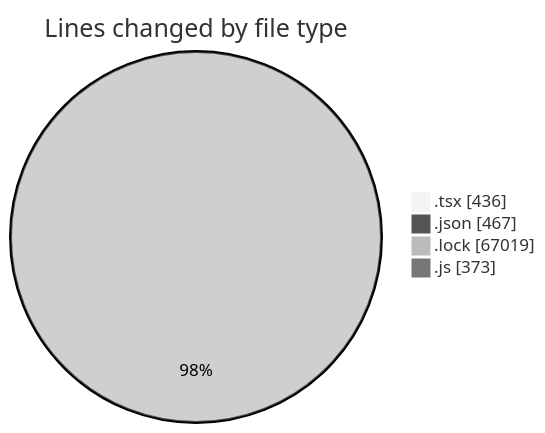
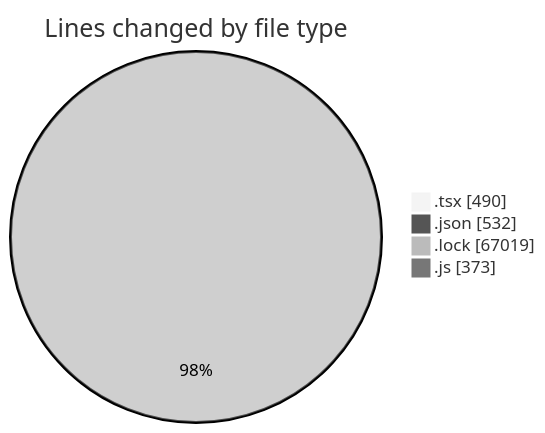
Before and after one commit to momahboobian/code-tracking: the first of 2 diagrams in 2025-03-10/cda/README.md, drawn with Mermaid (neutral theme). The commit also changed other lines of this file and 1 other file, not shown here.

````diff
--- a/2025-03-10/cda/README.md
+++ b/2025-03-10/cda/README.md
@@ -38,8 +40,8 @@
 ```mermaid
 pie showData
 title Lines changed by file type
-".tsx" : 436
-".json" : 467
+".tsx" : 490
+".json" : 532
 ".lock" : 67019
 ".js" : 373
 ```
````
